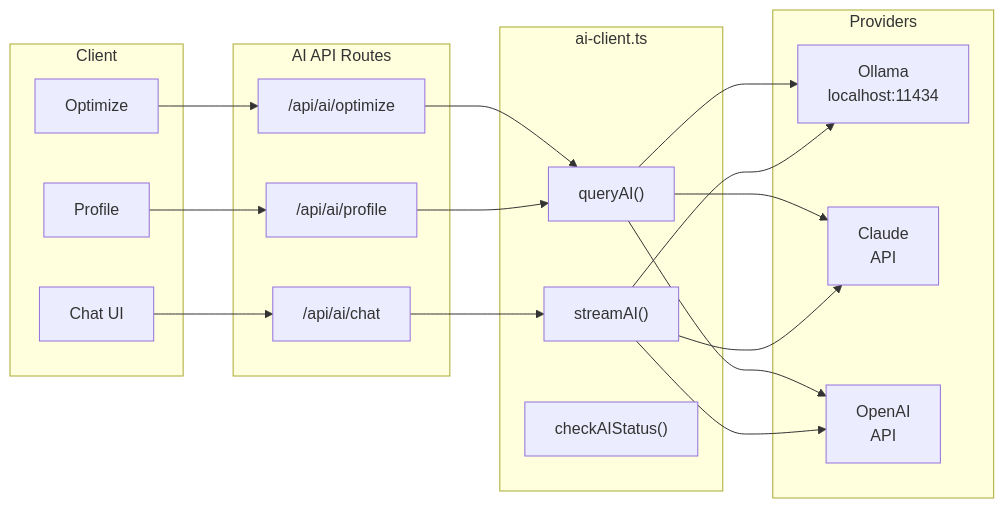
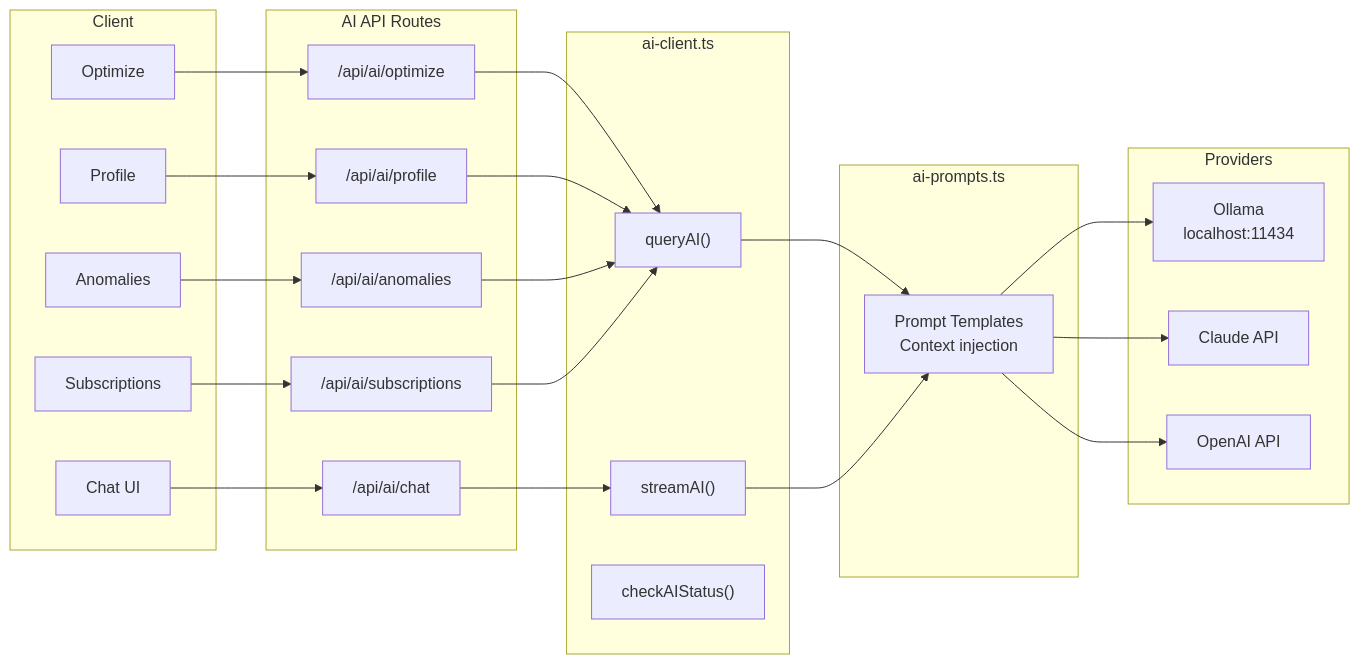
The fifth of 6 diagrams in ARCHITECTURE.md (b-3llum/finance-tracker), drawn with Mermaid before and after one commit. The commit also changed other lines of this file and 2 other files, not shown here.

First line of the commit message:
Rewrite README and architecture docs with SVG banner

````diff
--- a/ARCHITECTURE.md
+++ b/ARCHITECTURE.md
@@ -220,41 +362,52 @@
 ```mermaid
 flowchart LR
     subgraph Client
         Chat["Chat UI"]
         Optimize["Optimize"]
         Profile["Profile"]
+        Anomalies["Anomalies"]
+        Subs["Subscriptions"]
     end
 
     subgraph API["AI API Routes"]
         ChatR["/api/ai/chat"]
         OptR["/api/ai/optimize"]
         ProfR["/api/ai/profile"]
+        AnoR["/api/ai/anomalies"]
+        SubR["/api/ai/subscriptions"]
     end
 
     subgraph AIClient["ai-client.ts"]
         QA["queryAI()"]
         SA["streamAI()"]
         CS["checkAIStatus()"]
     end
 
+    subgraph Prompts["ai-prompts.ts"]
+        PT["Prompt Templates<br/>Context injection"]
+    end
+
     subgraph Providers
         O["Ollama<br/>localhost:11434"]
-        CL["Claude<br/>API"]
-        OA["OpenAI<br/>API"]
+        CL["Claude API"]
+        OA["OpenAI API"]
     end
 
     Chat --> ChatR
     Optimize --> OptR
     Profile --> ProfR
+    Anomalies --> AnoR
+    Subs --> SubR
 
     ChatR --> SA
     OptR --> QA
     ProfR --> QA
+    AnoR --> QA
+    SubR --> QA
 
-    QA --> O
-    QA --> CL
-    QA --> OA
-    SA --> O
-    SA --> CL
-    SA --> OA
+    QA --> PT
+    SA --> PT
+    PT --> O
+    PT --> CL
+    PT --> OA
 ```
````
